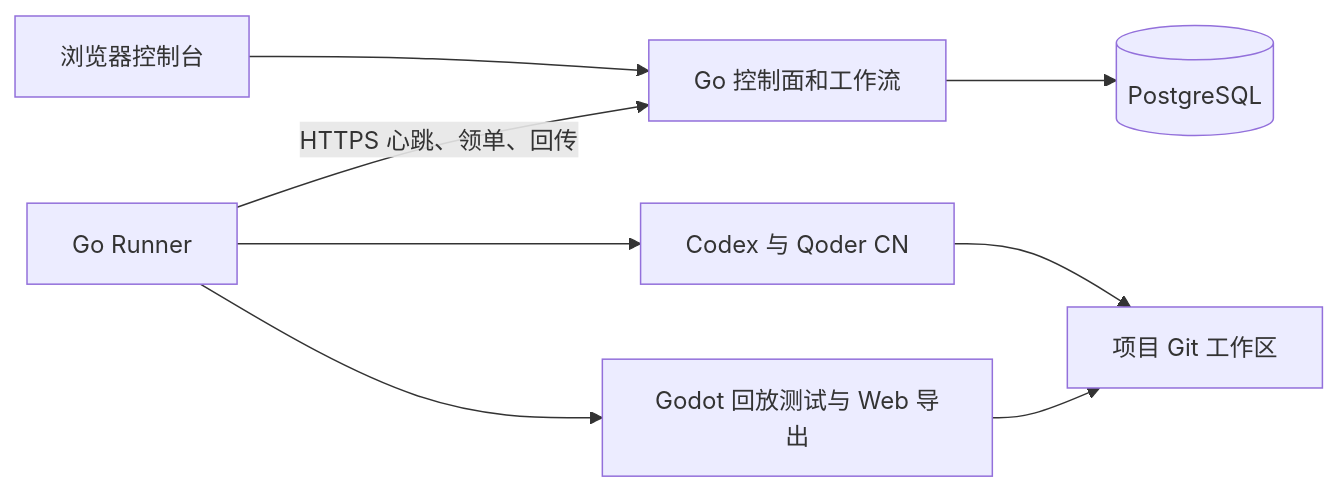
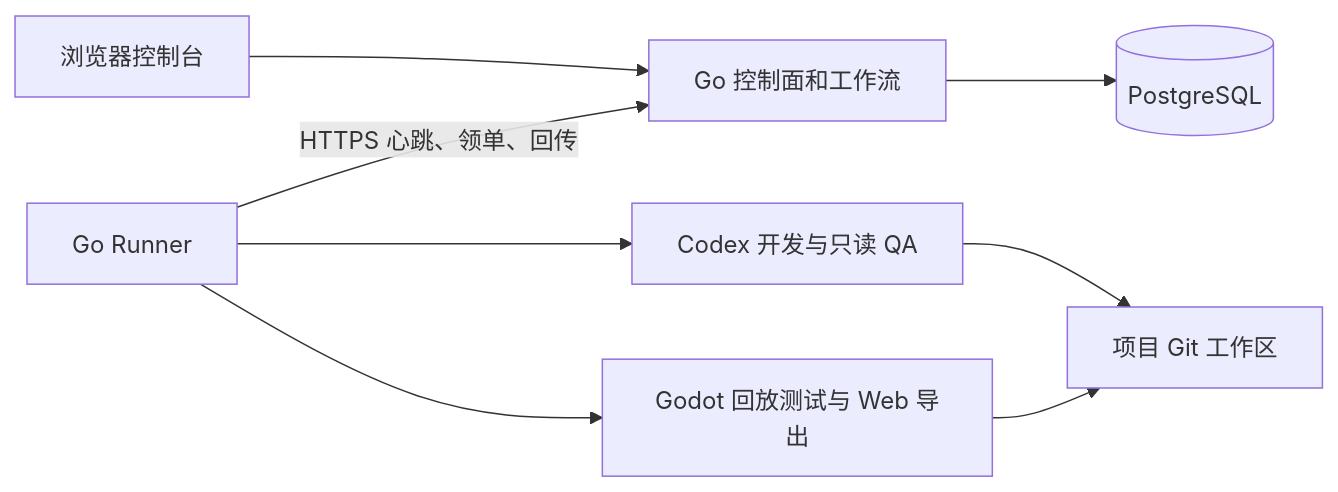
One commit to PhongFeng/Agentrib changed the diagram in README.md. Above: the diagram before and after it, drawn with Mermaid. The commit also changed other lines of this file and 12 other files, not shown here.

````diff
--- a/README.md
+++ b/README.md
@@ -13,10 +15,10 @@
 ```mermaid
 flowchart LR
     Web[浏览器控制台] --> Server[Go 控制面和工作流]
     Server --> Database[(PostgreSQL)]
     Runner[Go Runner] -->|HTTPS 心跳、领单、回传| Server
-    Runner --> Agents[Codex 与 Qoder CN]
+    Runner --> Agents[Codex 开发与只读 QA]
     Runner --> Godot[Godot 回放测试与 Web 导出]
     Agents --> Git[项目 Git 工作区]
     Godot --> Git
 ```
````
